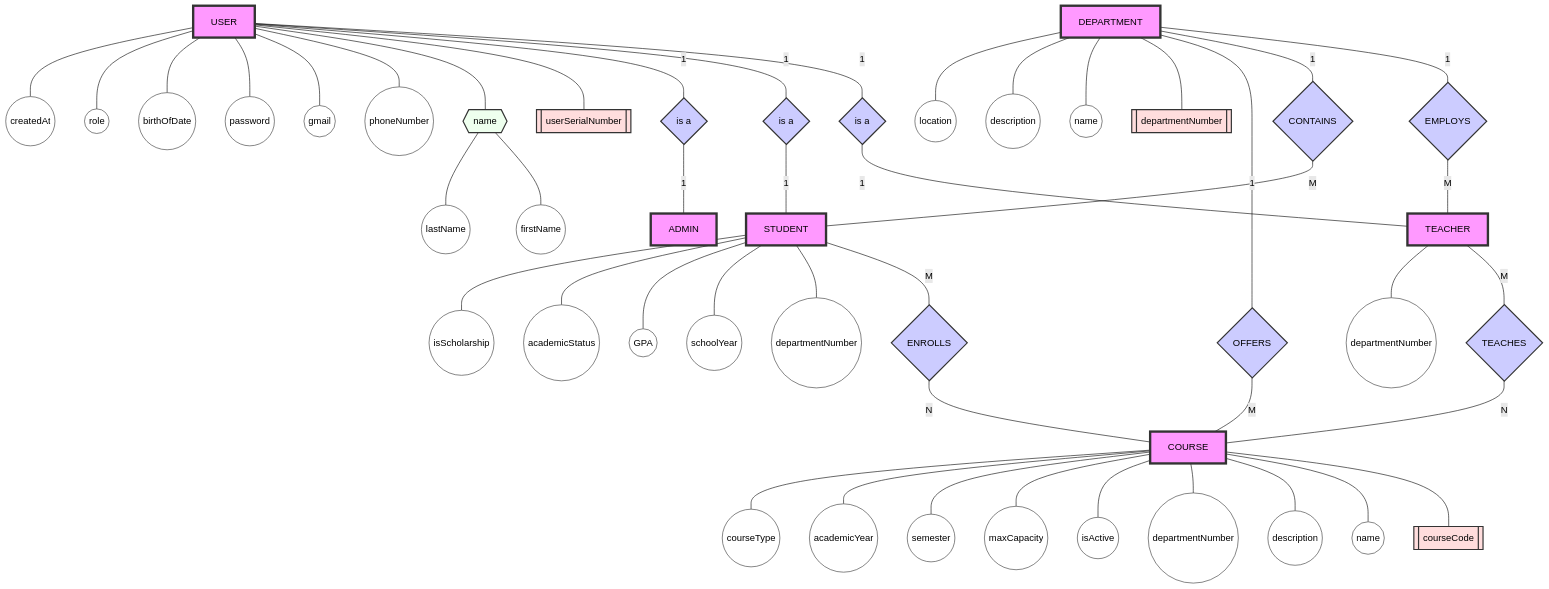
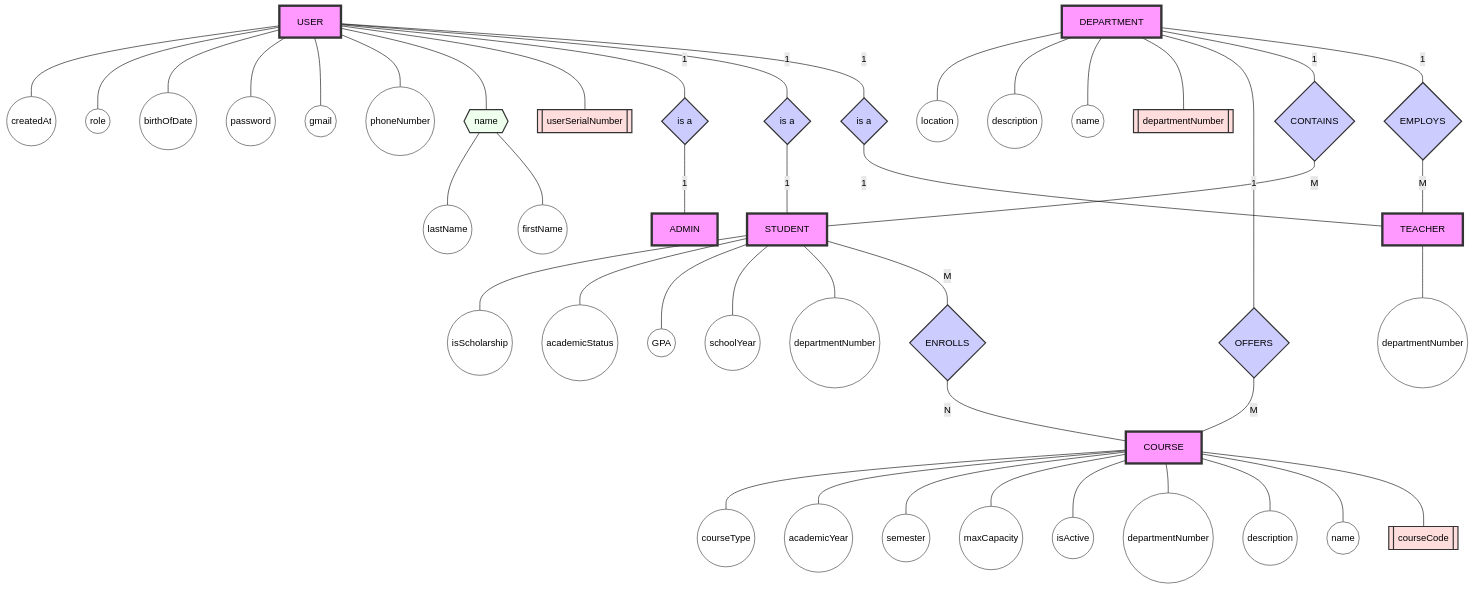
Before and after one commit to Abdelrhmansersawy/EduMatrix: the first of 5 diagrams in README.md, drawn with Mermaid (forest theme). The commit also changed other lines of this file and 30 other files, not shown here.

Commit message:
initialize project architecture and documentation

```diff
--- a/README.md
+++ b/README.md
@@ -77,7 +52,6 @@
     IsTeacherRel{is a}:::relationship
     IsStudentRel{is a}:::relationship
     IsAdminRel{is a}:::relationship
-    TeachesRel{TEACHES}:::relationship
     EnrollsRel{ENROLLS}:::relationship
     EmplTeachRel{EMPLOYS}:::relationship
     ContainsRel{CONTAINS}:::relationship
@@ -98,8 +72,6 @@
     Department --"1"--- OffersRel
     OffersRel --"M"--- Course
 
-    Teacher --"M"--- TeachesRel
-    TeachesRel --"N"--- Course
     Student --"M"--- EnrollsRel
     EnrollsRel --"N"--- Course
 
```
